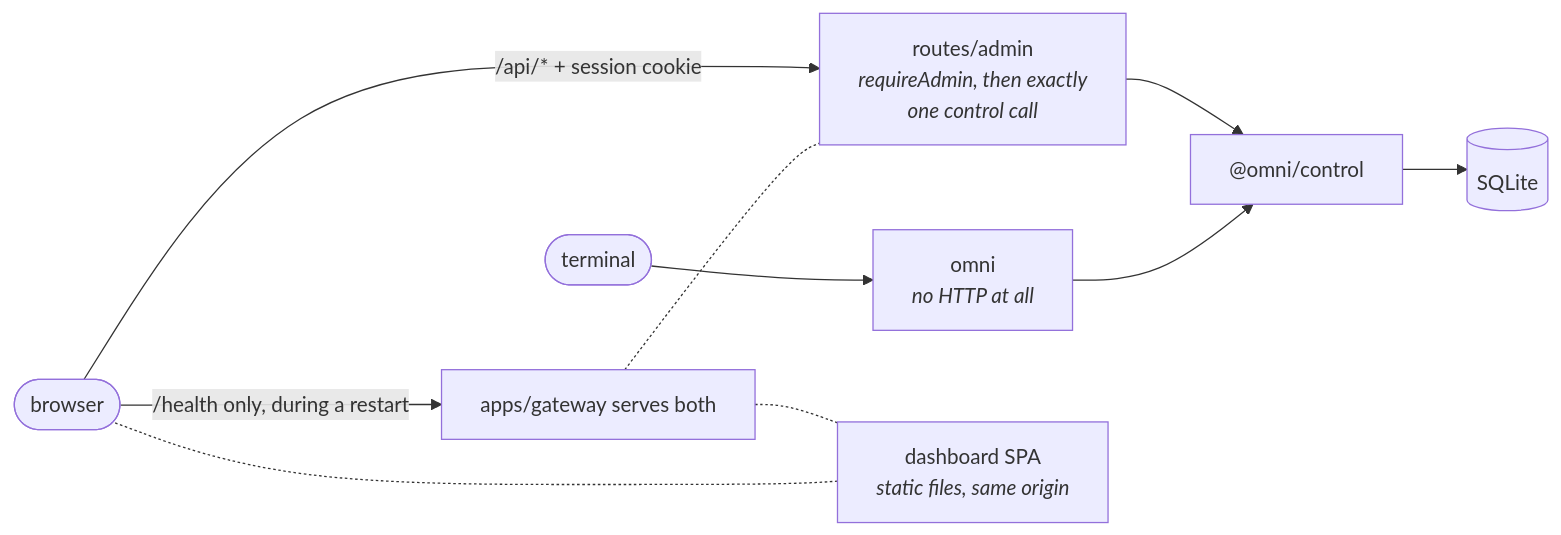
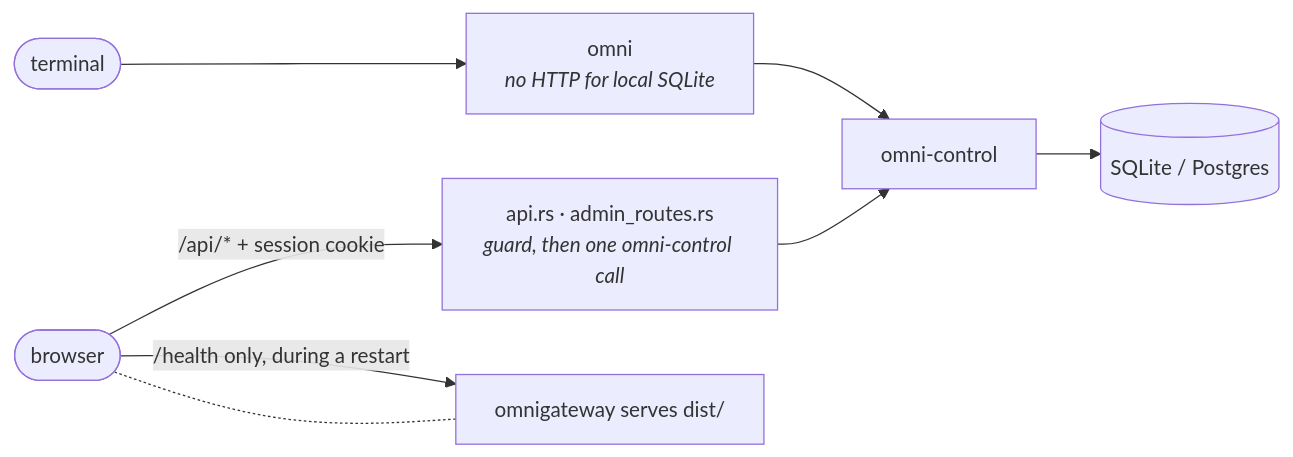
One commit to harismawan/omnigateway changed diagram 11 of 12 in ARCHITECTURE.md. Above: the diagram before and after it, drawn with Mermaid. The commit also changed other lines of this file, not shown here.

First line of the commit message:
docs: rewrite ARCHITECTURE.md against the Rust crates

````diff
--- a/ARCHITECTURE.md
+++ b/ARCHITECTURE.md
@@ -714,14 +623,10 @@
 ```mermaid
 flowchart LR
-  browser(["browser"]) -- "/api/* + session cookie" --> admin["routes/admin<br/><i>requireAdmin, then exactly<br/>one control call</i>"]
-  admin --> control["@omni/control"]
-  term(["terminal"]) --> omni["omni<br/><i>no HTTP at all</i>"]
+  browser(["browser"]) -- "/api/* + session cookie" --> api["api.rs · admin_routes.rs<br/><i>guard, then one omni-control call</i>"]
+  api --> control["omni-control"]
+  term(["terminal"]) --> omni["omni<br/><i>no HTTP for local SQLite</i>"]
   omni --> control
-  control --> db[("SQLite")]
-
-  spa["dashboard SPA<br/><i>static files, same origin</i>"] -.- browser
-  gw["apps/gateway serves both"] -.- spa
-  gw -.- admin
-
+  control --> db[("SQLite / Postgres")]
+  gw["omnigateway serves dist/"] -.- browser
   browser -- "/health only, during a restart" --> gw
 ```
````
